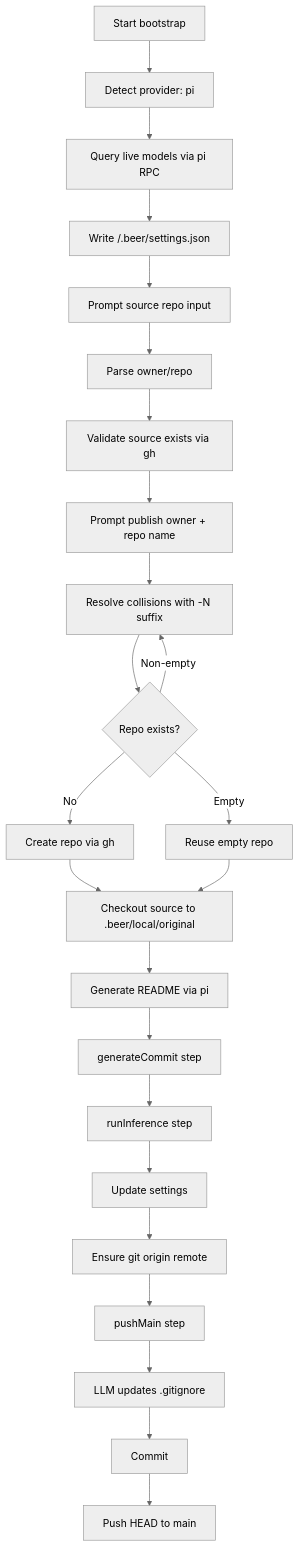
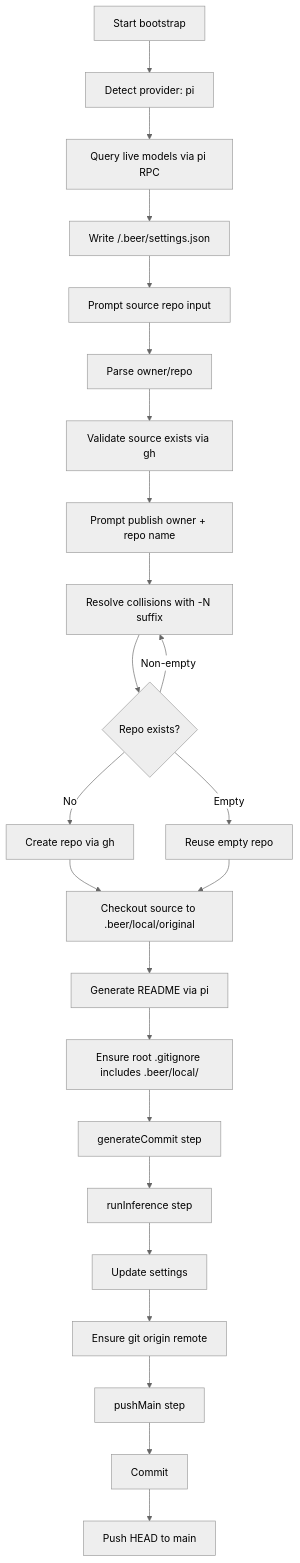
Before and after one commit to ex3ndr/holdmybeer: the diagram in doc/bootstrap-flow.md, drawn with Mermaid (neutral theme). The commit also changed other lines of this file and 3 other files, not shown here.

Commit message:
fix(bootstrap): create gitignore only before first push

````diff
--- a/doc/bootstrap-flow.md
+++ b/doc/bootstrap-flow.md
@@ -7,26 +7,26 @@
 ```mermaid
 flowchart TD
   A[Start bootstrap] --> B[Detect provider: pi]
   B --> C[Query live models via pi RPC]
   C --> D[Write <projectPath>/.beer/settings.json]
   D --> E[Prompt source repo input]
   E --> F[Parse owner/repo]
   F --> G[Validate source exists via gh]
   G --> H[Prompt publish owner + repo name]
   H --> I[Resolve collisions with -N suffix]
   I --> J{Repo exists?}
   J -->|No| K[Create repo via gh]
   J -->|Empty| L[Reuse empty repo]
   J -->|Non-empty| I
   K --> M[Checkout source to .beer/local/original]
   L --> M
   M --> N[Generate README via pi]
-  N --> O[generateCommit step]
-  O --> P[runInference step]
-  P --> Q[Update settings]
-  Q --> R[Ensure git origin remote]
-  R --> S[pushMain step]
-  S --> T[LLM updates .gitignore]
+  N --> O[Ensure root .gitignore includes .beer/local/]
+  O --> P[generateCommit step]
+  P --> Q[runInference step]
+  Q --> R[Update settings]
+  R --> S[Ensure git origin remote]
+  S --> T[pushMain step]
   T --> U[Commit]
   U --> V[Push HEAD to main]
 ```
````
